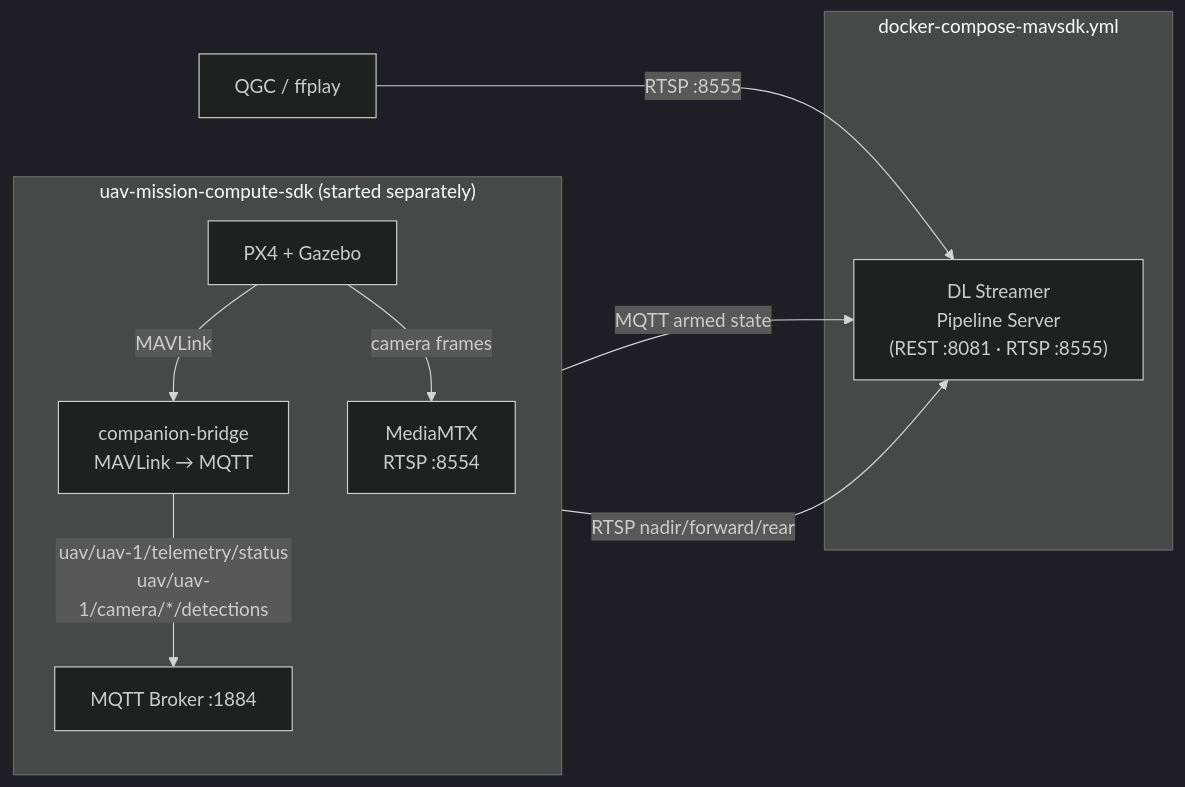
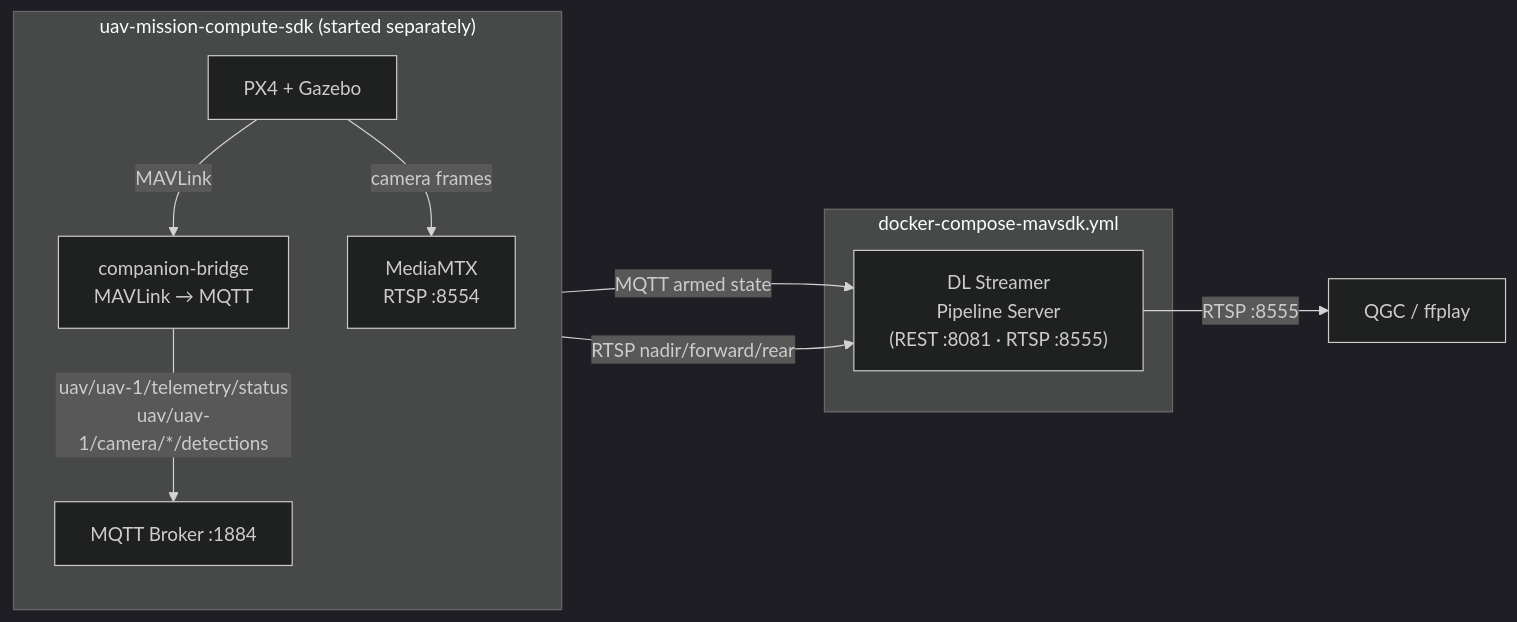
Before and after one commit to open-edge-platform/edge-ai-suites: the fifth of 7 diagrams in federal-aerospace/docs/uav-vision-analytics/overview.md, drawn with Mermaid (dark theme). The commit also changed other lines of this file and 1 other file, not shown here.

````diff
--- a/federal-aerospace/docs/uav-vision-analytics/overview.md
+++ b/federal-aerospace/docs/uav-vision-analytics/overview.md
@@ -108,22 +153,22 @@
 ```mermaid
 flowchart LR
     subgraph SDK["uav-mission-compute-sdk (started separately)"]
         direction TB
         PX4E["PX4 + Gazebo"]
         BRIDGE["companion-bridge\nMAVLink → MQTT"]
         BROKER_E["MQTT Broker :1884"]
         MEDIAMTX["MediaMTX\nRTSP :8554"]
 
         PX4E -->|"MAVLink"| BRIDGE
         BRIDGE -->|"uav/uav-1/telemetry/status\nuav/uav-1/camera/*/detections"| BROKER_E
         PX4E -->|"camera frames"| MEDIAMTX
     end
 
     subgraph Stack["docker-compose-mavsdk.yml"]
         DLSPS2["DL Streamer\nPipeline Server\n(REST :8081 · RTSP :8555)"]
     end
 
     BROKER_E -->|"MQTT armed state"| DLSPS2
     MEDIAMTX -->|"RTSP nadir/forward/rear"| DLSPS2
-    CLIENT2["QGC / ffplay"] -->|"RTSP :8555"| DLSPS2
+    DLSPS2 -->|"RTSP :8555"| CLIENT2["QGC / ffplay"]
 ```
````
